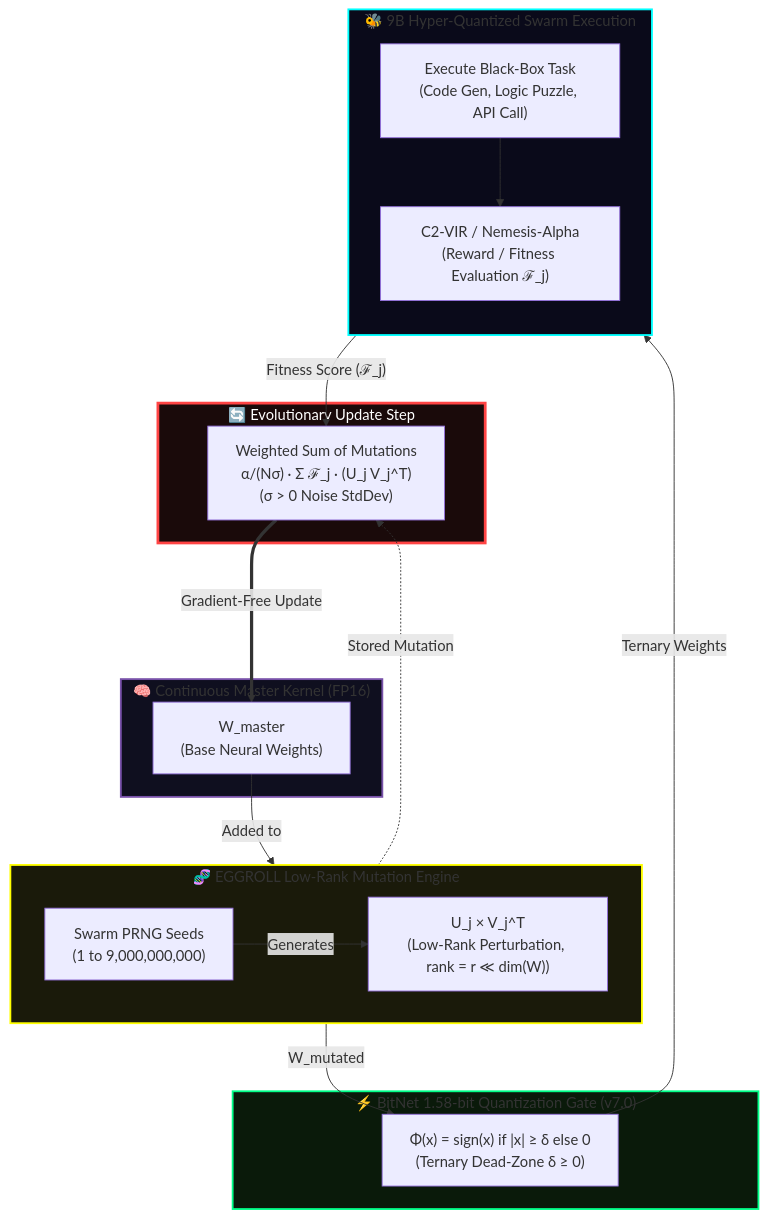
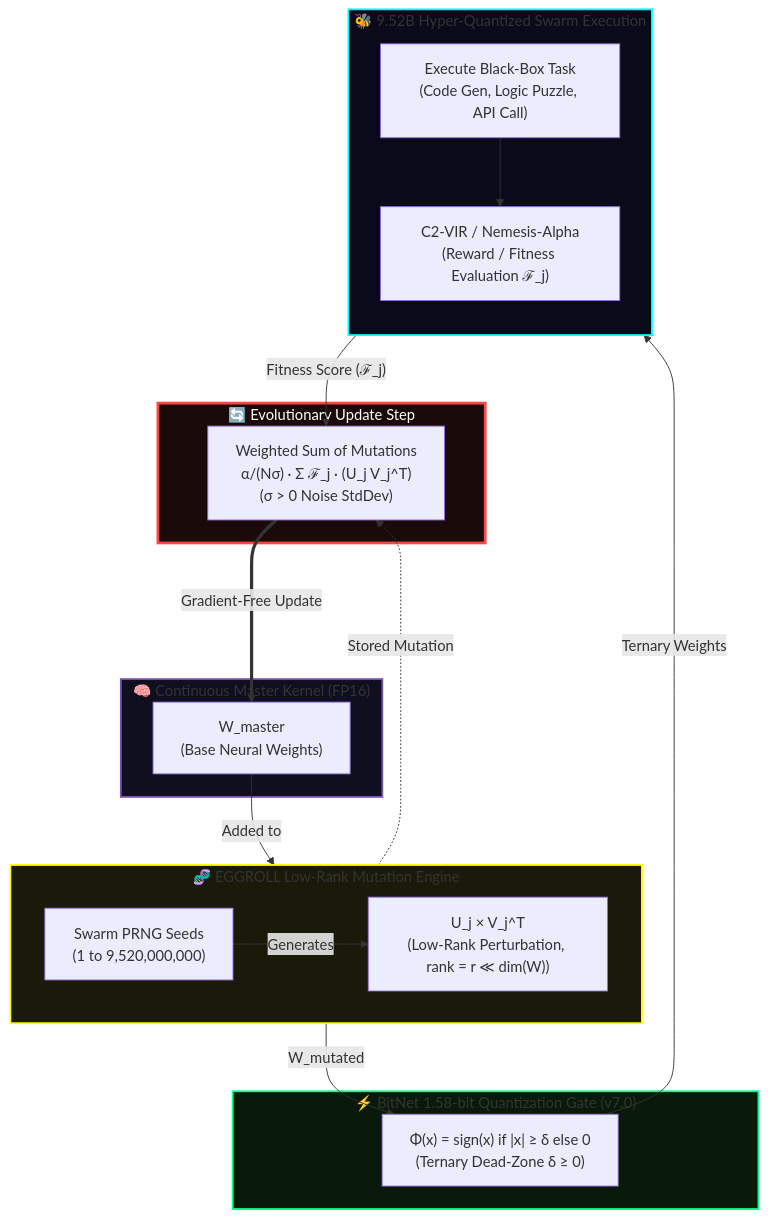
The second of 12 diagrams in 10 - Formal Papers/Formal Papers/Quillan_Architecture_v7_0_Updated.md (leeex1/Quillan-Ronin), drawn with Mermaid before and after one commit. The commit also changed other lines of this file and 643 other files, not shown here.

````diff
--- a/10 - Formal Papers/Formal Papers/Quillan_Architecture_v7_0_Updated.md
+++ b/10 - Formal Papers/Formal Papers/Quillan_Architecture_v7_0_Updated.md
@@ -132,33 +132,33 @@
 ```mermaid
 flowchart TB
     subgraph KERNEL ["🧠 Continuous Master Kernel (FP16)"]
         WM["W_master<br/>(Base Neural Weights)"]
     end
     subgraph EGGROLL ["🧬 EGGROLL Low-Rank Mutation Engine"]
         direction LR
-        S_SEED["Swarm PRNG Seeds<br/>(1 to 9,000,000,000)"] -->|Generates| UV["U_j × V_j^T<br/>(Low-Rank Perturbation, rank = r ≪ dim(W))"]
+        S_SEED["Swarm PRNG Seeds<br/>(1 to 9,520,000,000)"] -->|Generates| UV["U_j × V_j^T<br/>(Low-Rank Perturbation, rank = r ≪ dim(W))"]
     end
     subgraph BITNET ["⚡ BitNet 1.58-bit Quantization Gate (v7.0)"]
         Q["Φ(x) = sign(x) if |x| ≥ δ else 0<br/>(Ternary Dead-Zone δ ≥ 0)"]
     end
-    subgraph SWARM ["🐝 9B Hyper-Quantized Swarm Execution"]
+    subgraph SWARM ["🐝 9.52B Hyper-Quantized Swarm Execution"]
         direction TB
         EVAL["Execute Black-Box Task<br/>(Code Gen, Logic Puzzle, API Call)"]
         NEM["C2-VIR / Nemesis-Alpha<br/>(Reward / Fitness Evaluation ℱ_j)"]
         EVAL --> NEM
     end
     subgraph UPDATE ["🔄 Evolutionary Update Step"]
         CALC["Weighted Sum of Mutations<br/>α/(Nσ) · Σ ℱ_j · (U_j V_j^T)<br/>(σ > 0 Noise StdDev)"]
     end
     WM -->|Added to| UV
     UV -->|"W_mutated"| Q
     Q -->|"Ternary Weights"| EVAL
     NEM -->|"Fitness Score (ℱ_j)"| CALC
     UV -.->|"Stored Mutation"| CALC
     CALC ===>|"Gradient-Free Update"| WM
     style KERNEL fill:#0f0f1f,stroke:#7851a9,stroke-width:2px
     style EGGROLL fill:#1a1a0a,stroke:#ffff00,stroke-width:2px
     style BITNET fill:#0a1a0a,stroke:#00ff88,stroke-width:2px
     style SWARM fill:#0a0a1a,stroke:#00ffff,stroke-width:2px
     style UPDATE fill:#1a0a0a,stroke:#ff4444,stroke-width:3px,color:#fff
 ```
````
